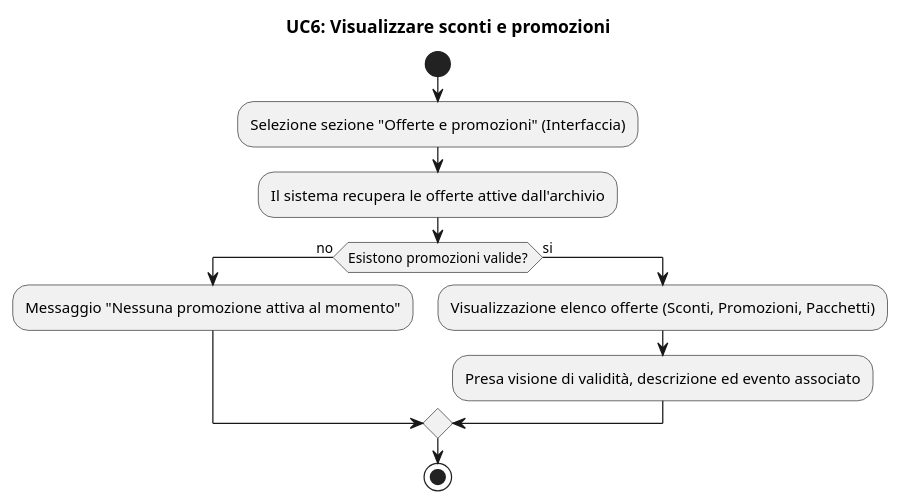
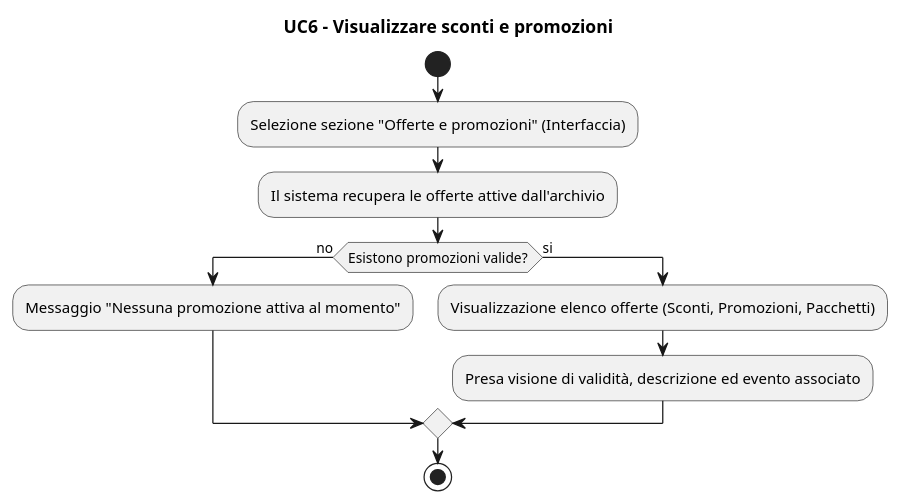
The diagram in diagrammiUML/diagrammi di attività/UC6_Visualizzare_Sconti_e_Promozioni.puml (Samepsilon/FloWare), drawn with PlantUML before and after one commit. The commit also changed 34 other files, not shown here.

```diff
--- a/diagrammiUML/diagrammi di attività/UC6_Visualizzare_Sconti_e_Promozioni.puml
+++ b/diagrammiUML/diagrammi di attività/UC6_Visualizzare_Sconti_e_Promozioni.puml
@@ -1,22 +1,22 @@
 @startuml
 
-title UC6: Visualizzare sconti e promozioni 
+title UC6 - Visualizzare sconti e promozioni 
 
 start
 
 :Selezione sezione "Offerte e promozioni" (Interfaccia);
 
 :Il sistema recupera le offerte attive dall'archivio;
 
 if (Esistono promozioni valide?) then (no)
  
   :Messaggio "Nessuna promozione attiva al momento";
  
 else (si)
   
   :Visualizzazione elenco offerte (Sconti, Promozioni, Pacchetti);
   :Presa visione di validità, descrizione ed evento associato;
   
 endif
 stop
 @enduml
```
